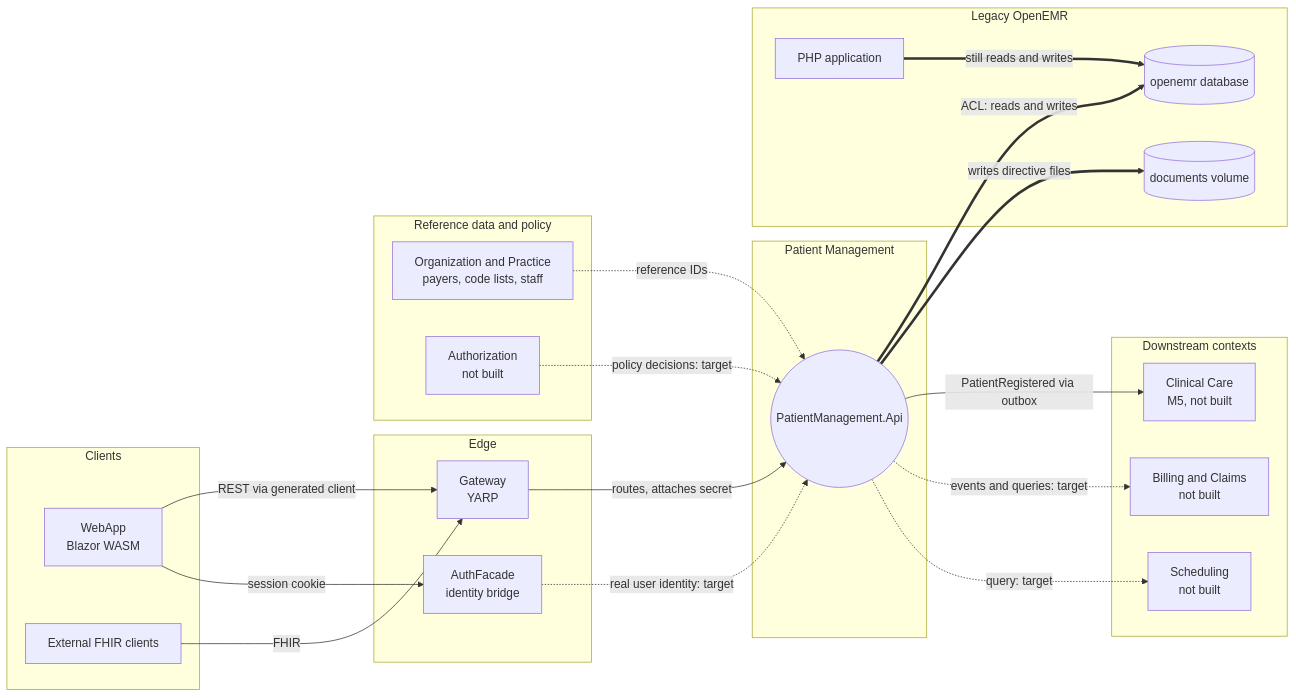
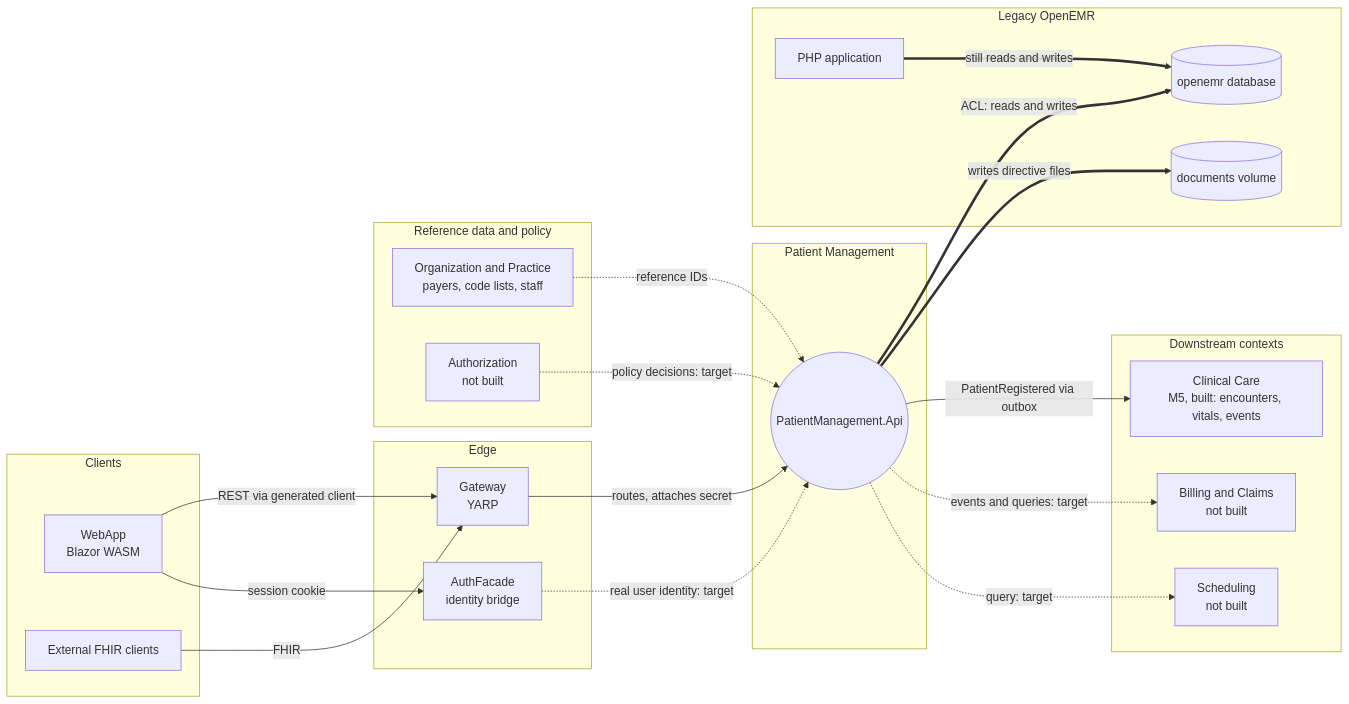
Before and after one commit to mohammedwed/openemr-next: the diagram in docs/patient-management/03-context-map.md, drawn with Mermaid. The commit also changed other lines of this file and 11 other files, not shown here.

First line of the commit message:
docs: M5 Clinical Care design, ADRs 0064-0066, and verification record

````diff
--- a/docs/patient-management/03-context-map.md
+++ b/docs/patient-management/03-context-map.md
@@ -14,42 +14,42 @@
 ```mermaid
 graph LR
     subgraph Clients
         WEB[WebApp<br/>Blazor WASM]
         EXT[External FHIR clients]
     end
     subgraph Edge
         GW[Gateway<br/>YARP]
         AF[AuthFacade<br/>identity bridge]
     end
     subgraph PM_[Patient Management]
         PM((PatientManagement.Api))
     end
     subgraph Downstream[Downstream contexts]
-        CC[Clinical Care<br/>M5, not built]
+        CC[Clinical Care<br/>M5, built: encounters, vitals, events]
         BIL[Billing and Claims<br/>not built]
         SCH[Scheduling<br/>not built]
     end
     subgraph Upstream[Reference data and policy]
         ORG[Organization and Practice<br/>payers, code lists, staff]
         AZ[Authorization<br/>not built]
     end
     subgraph Legacy[Legacy OpenEMR]
         DB[(openemr database)]
         FS[(documents volume)]
         PHP[PHP application]
     end
 
     WEB -->|REST via generated client| GW
     EXT -->|FHIR| GW
     GW -->|routes, attaches secret| PM
     WEB -->|session cookie| AF
     AF -.->|real user identity: target| PM
     PM ==>|ACL: reads and writes| DB
     PM ==>|writes directive files| FS
     PHP ==>|still reads and writes| DB
     PM -->|PatientRegistered via outbox| CC
     PM -.->|events and queries: target| BIL
     PM -.->|query: target| SCH
     ORG -.->|reference IDs| PM
     AZ -.->|policy decisions: target| PM
 ```
````
